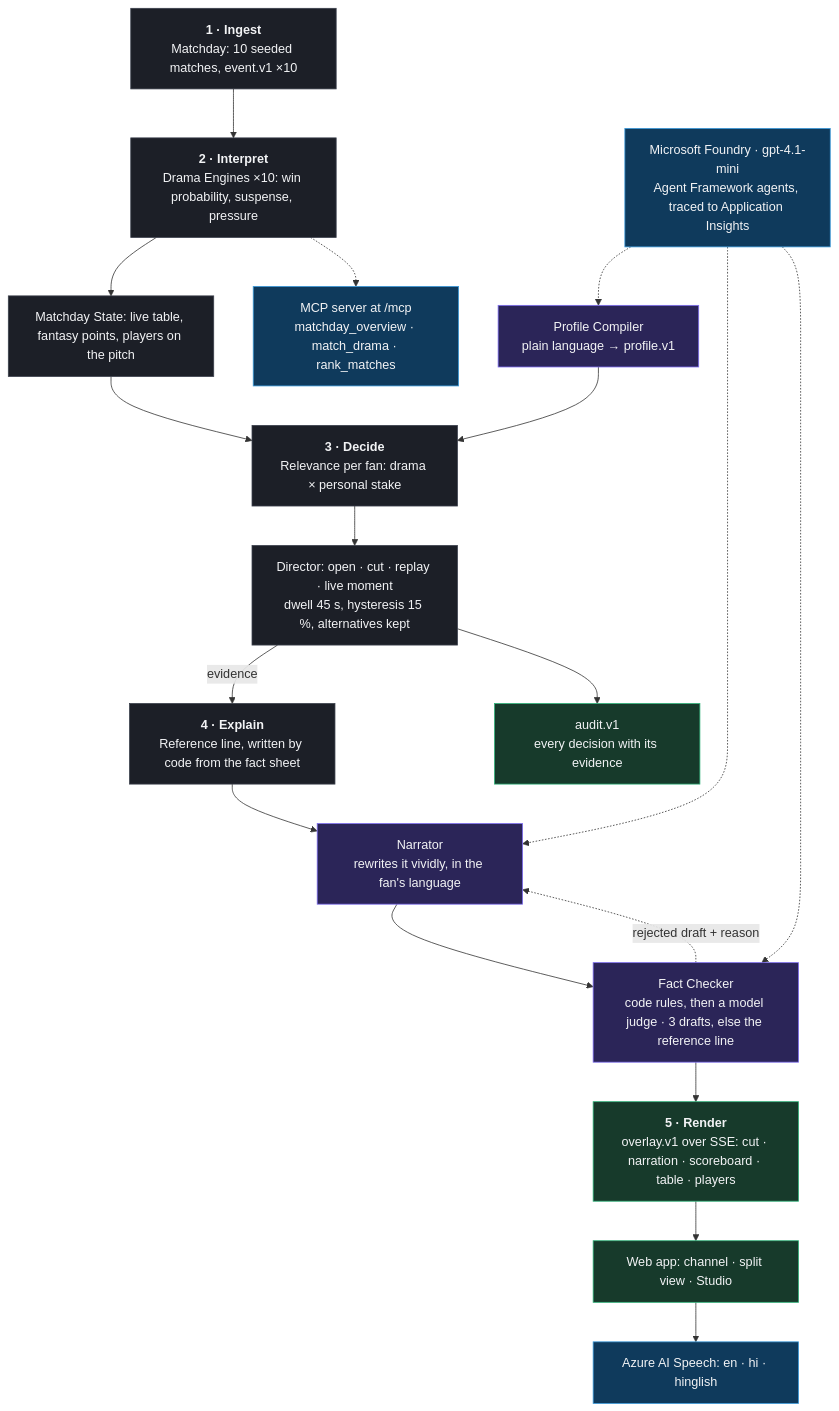
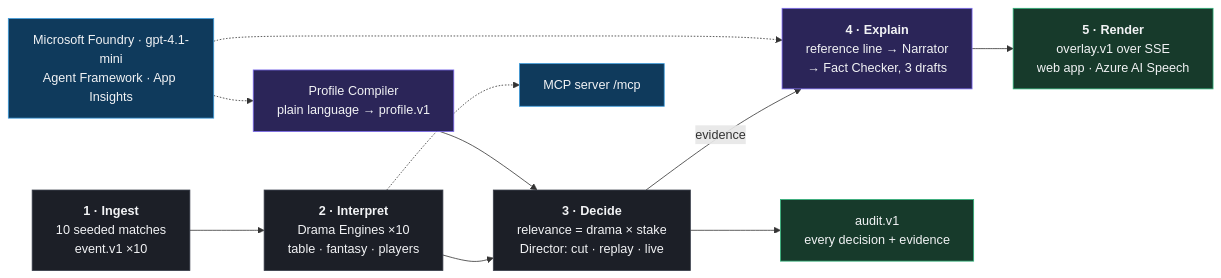
Before and after one commit to eyekaushal/FanCut: the diagram in README.md, drawn with Mermaid. The commit also changed other lines of this file, not shown here.

Commit message:
docs: video link, banner, badges, mermaid diagram

````diff
--- a/README.md
+++ b/README.md
@@ -70,33 +70,25 @@
 ```mermaid
-flowchart TB
+flowchart LR
     classDef code fill:#1c1f27,stroke:#3a3f4b,color:#f2f3f5
     classDef agent fill:#2b2558,stroke:#7c6cf0,color:#f2f3f5
     classDef azure fill:#0f3a5c,stroke:#3b9bdc,color:#f2f3f5
     classDef out fill:#173a2b,stroke:#2fb37a,color:#f2f3f5
 
-    MD["<b>1 · Ingest</b><br/>Matchday: 10 seeded matches, event.v1 ×10"]:::code
-    DE["<b>2 · Interpret</b><br/>Drama Engines ×10: win probability, suspense, pressure"]:::code
-    ST["Matchday State: live table, fantasy points, players on the pitch"]:::code
-    MCP["MCP server at /mcp<br/>matchday_overview · match_drama · rank_matches"]:::azure
+    IN["<b>1 · Ingest</b><br/>10 seeded matches<br/>event.v1 ×10"]:::code
+    IT["<b>2 · Interpret</b><br/>Drama Engines ×10<br/>table · fantasy · players"]:::code
+    DC["<b>3 · Decide</b><br/>relevance = drama × stake<br/>Director: cut · replay · live"]:::code
+    EX["<b>4 · Explain</b><br/>reference line → Narrator<br/>→ Fact Checker, 3 drafts"]:::agent
+    RN["<b>5 · Render</b><br/>overlay.v1 over SSE<br/>web app · Azure AI Speech"]:::out
+
+    MCP["MCP server /mcp"]:::azure
     PC["Profile Compiler<br/>plain language → profile.v1"]:::agent
-    REL["<b>3 · Decide</b><br/>Relevance per fan: drama × personal stake"]:::code
-    DIR["Director: open · cut · replay · live moment<br/>dwell 45 s, hysteresis 15 %, alternatives kept"]:::code
-    AUD["audit.v1<br/>every decision with its evidence"]:::out
-    REF["<b>4 · Explain</b><br/>Reference line, written by code from the fact sheet"]:::code
-    NAR["Narrator<br/>rewrites it vividly, in the fan's language"]:::agent
-    FC["Fact Checker<br/>code rules, then a model judge · 3 drafts, else the reference line"]:::agent
-    OV["<b>5 · Render</b><br/>overlay.v1 over SSE: cut · narration · scoreboard · table · players"]:::out
-    WEB["Web app: channel · split view · Studio"]:::out
-    SP["Azure AI Speech: en · hi · hinglish"]:::azure
-    FOUNDRY["Microsoft Foundry · gpt-4.1-mini<br/>Agent Framework agents, traced to Application Insights"]:::azure
+    AUD["audit.v1<br/>every decision + evidence"]:::out
+    FY["Microsoft Foundry · gpt-4.1-mini<br/>Agent Framework · App Insights"]:::azure
 
-    MD --> DE --> ST --> REL --> DIR
-    DE -.-> MCP
-    PC --> REL
-    DIR -- "evidence" --> REF --> NAR --> FC --> OV --> WEB --> SP
-    DIR --> AUD
-    FC -. "rejected draft + reason" .-> NAR
-    FOUNDRY -.-> PC
-    FOUNDRY -.-> NAR
-    FOUNDRY -.-> FC
+    IN --> IT --> DC -- evidence --> EX --> RN
+    IT -.-> MCP
+    PC --> DC
+    DC --> AUD
+    FY -.-> PC
+    FY -.-> EX
 ```
````
